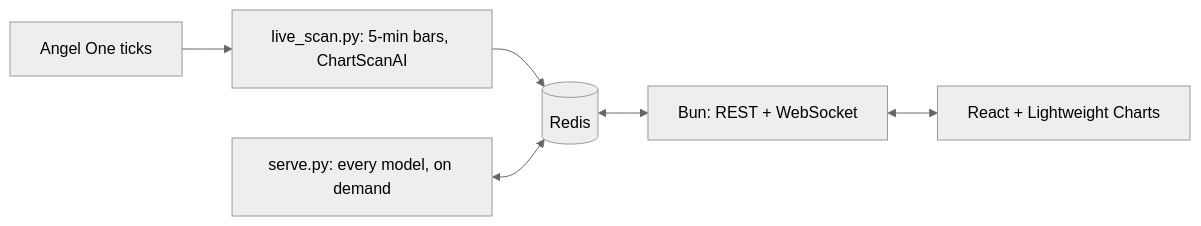
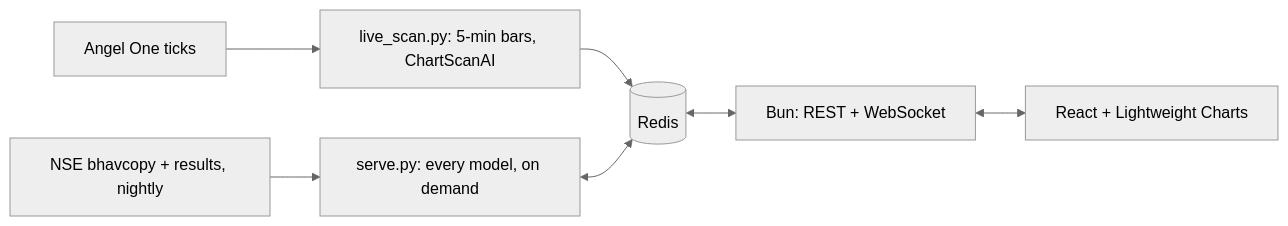
The second of 2 diagrams in README.md (MananPoojara/chart-pattern-detector), drawn with Mermaid (neutral theme) before and after one commit. The commit also changed other lines of this file and 8 other files, not shown here.

````diff
--- a/README.md
+++ b/README.md
@@ -100,6 +160,7 @@
 ```mermaid
 flowchart LR
     A[Angel One ticks] --> L[live_scan.py: 5-min bars, ChartScanAI] --> R[(Redis)]
+    N[NSE bhavcopy + results, nightly] --> M
     M[serve.py: every model, on demand] <--> R
     R <--> B[Bun: REST + WebSocket] <--> W[React + Lightweight Charts]
 ```
````
